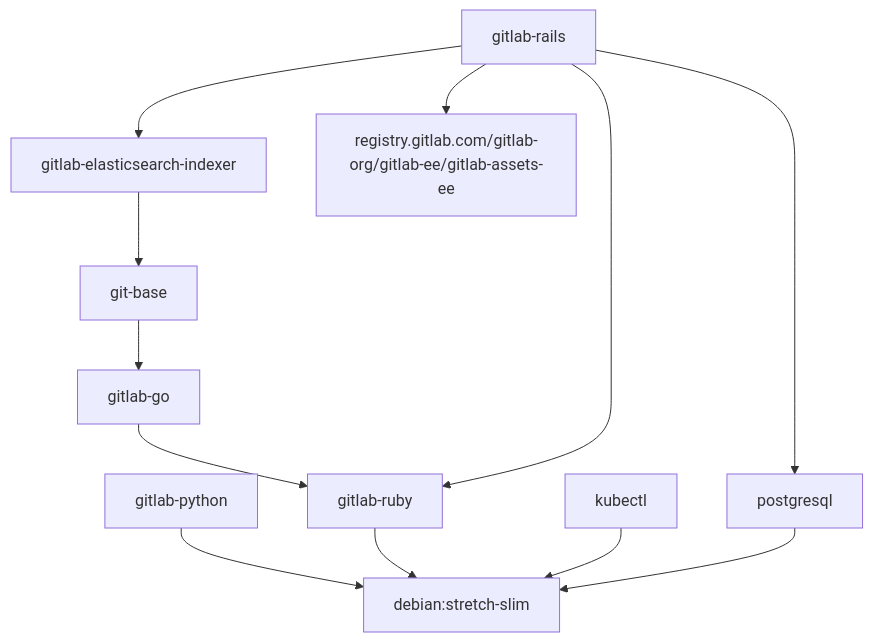
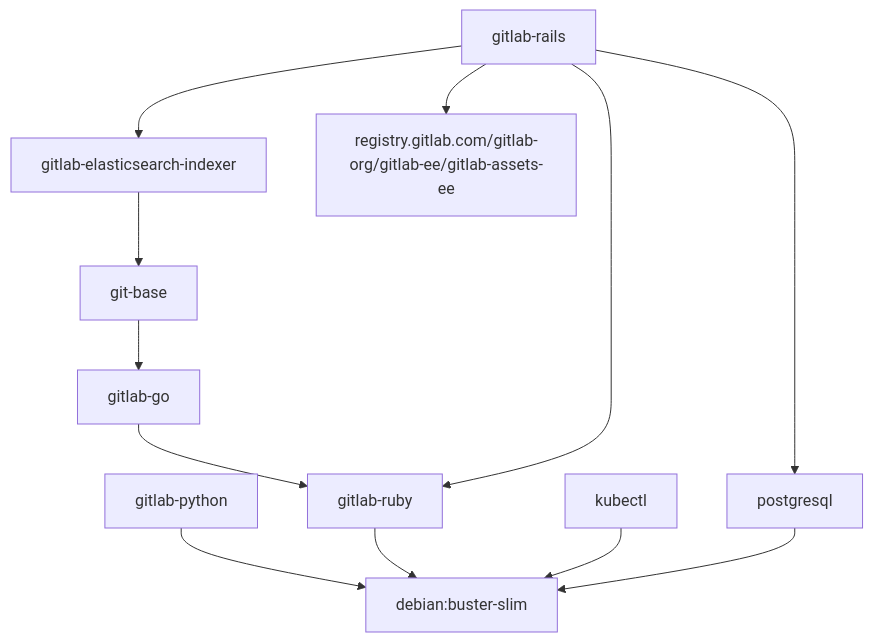
The first of 2 diagrams in docs/build.md (tachyons/gitlab-pages), drawn with Mermaid before and after one commit. The commit also changed other lines of this file and 7 other files, not shown here.

First line of the commit message:
Move to Debian Buster

````diff
--- a/docs/build.md
+++ b/docs/build.md
@@ -145,14 +145,14 @@
 ```mermaid
 graph TD;
   git-base-->gitlab-go;
   gitlab-elasticsearch-indexer-->git-base;
   gitlab-go-->gitlab-ruby;
-  gitlab-python-->debian:stretch-slim;
+  gitlab-python-->debian:buster-slim;
   gitlab-rails-->gitlab-elasticsearch-indexer;
   gitlab-rails-->postgresql;
-  gitlab-ruby-->debian:stretch-slim;
-  kubectl-->debian:stretch-slim;
-  postgresql-->debian:stretch-slim;
+  gitlab-ruby-->debian:buster-slim;
+  kubectl-->debian:buster-slim;
+  postgresql-->debian:buster-slim;
   gitlab-rails-->gitlab-ruby;
   gitlab-rails-->registry.gitlab.com/gitlab-org/gitlab-ee/gitlab-assets-ee
 ```
````
